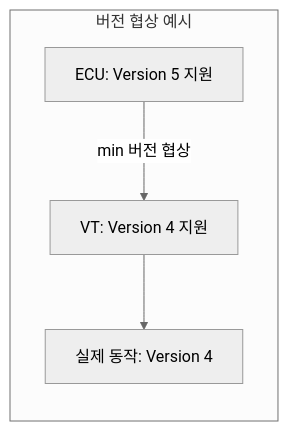
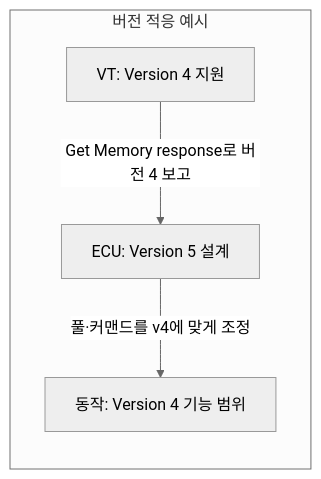
One commit to hobeen-kim/hobeen-kim.github.io changed the fourth of 5 diagrams in docs/_study/isobus/15-vt-basics.md. Above: the diagram before and after it, drawn with Mermaid (neutral theme). The commit also changed other lines of this file and 18 other files, not shown here.

````diff
--- a/docs/_study/isobus/15-vt-basics.md
+++ b/docs/_study/isobus/15-vt-basics.md
@@ -127,10 +133,10 @@
 ```mermaid
 graph LR
-    subgraph 버전 협상 예시
-        C[ECU: Version 5 지원]
+    subgraph 버전 적응 예시
+        C[ECU: Version 5 설계]
         V[VT: Version 4 지원]
-        R[실제 동작: Version 4]
-        C -- min 버전 협상 --> V
-        V --> R
+        R[동작: Version 4 기능 범위]
+        V -- "Get Memory response로 버전 4 보고" --> C
+        C -- "풀·커맨드를 v4에 맞게 조정" --> R
     end
 ```
````
